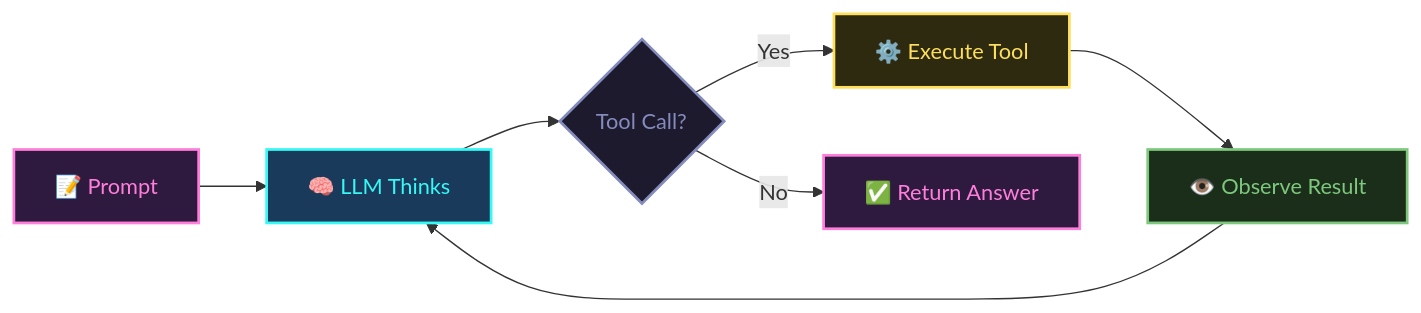
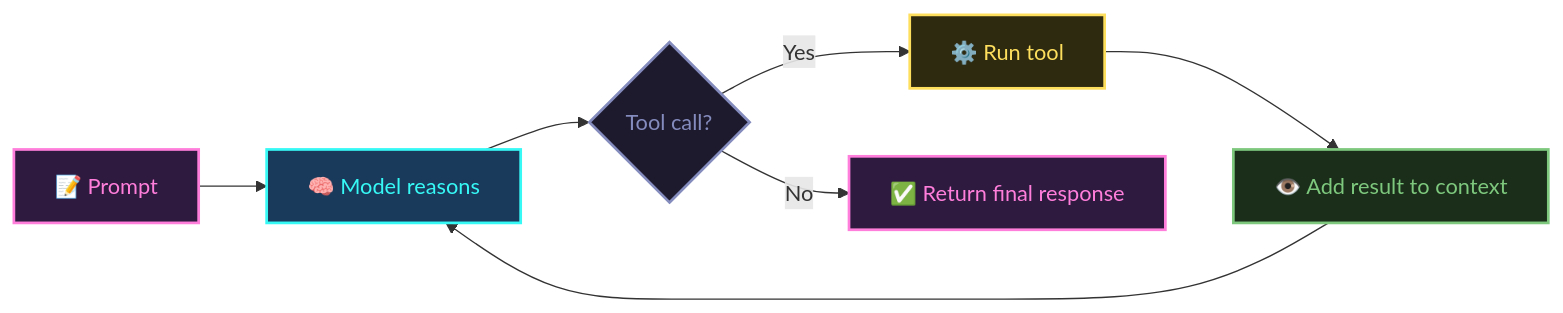
Before and after one commit to what-the-func/slides: the first of 5 diagrams in decks/harness-engineering/slides.md, drawn with Mermaid. The commit also changed other lines of this file and 2 other files, not shown here.

````diff
--- a/decks/harness-engineering/slides.md
+++ b/decks/harness-engineering/slides.md
@@ -38,16 +36,16 @@
 ```mermaid {theme: 'dark'}
 graph LR
-    A["📝 Prompt"]:::prompt --> B["🧠 LLM Thinks"]:::llm
-    B --> C{"Tool Call?"}:::decision
-    C -- Yes --> D["⚙️ Execute Tool"]:::tool
-    D --> E["👁️ Observe Result"]:::observe
+    A["📝 Prompt"]:::prompt --> B["🧠 Model reasons"]:::llm
+    B --> C{"Tool call?"}:::decision
+    C -- Yes --> D["⚙️ Run tool"]:::tool
+    D --> E["👁️ Add result to context"]:::observe
     E --> B
-    C -- No --> F["✅ Return Answer"]:::done
+    C -- No --> F["✅ Return final response"]:::done
 
     classDef prompt fill:#2d1a3e,stroke:#ff7edb,stroke-width:2px,color:#ff7edb
     classDef llm fill:#1a3a5c,stroke:#36f9f6,stroke-width:2px,color:#36f9f6
     classDef decision fill:#1e1a2e,stroke:#848bbd,stroke-width:2px,color:#848bbd
     classDef tool fill:#2e2a10,stroke:#fede5d,stroke-width:2px,color:#fede5d
     classDef observe fill:#1a2e1a,stroke:#7ec87e,stroke-width:2px,color:#7ec87e
     classDef done fill:#2d1a3e,stroke:#ff7edb,stroke-width:2px,color:#ff7edb
 ```
````
